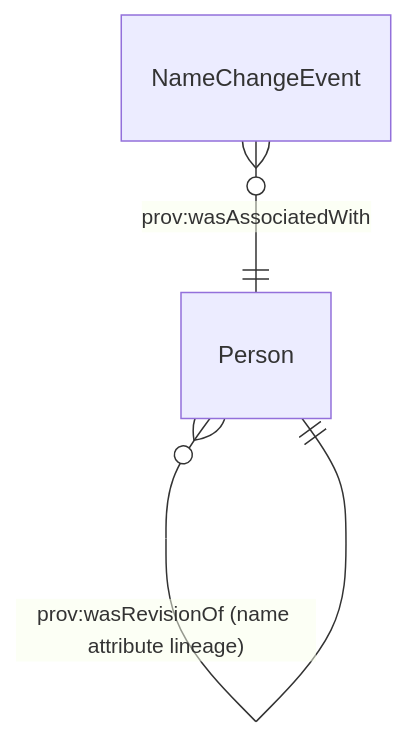
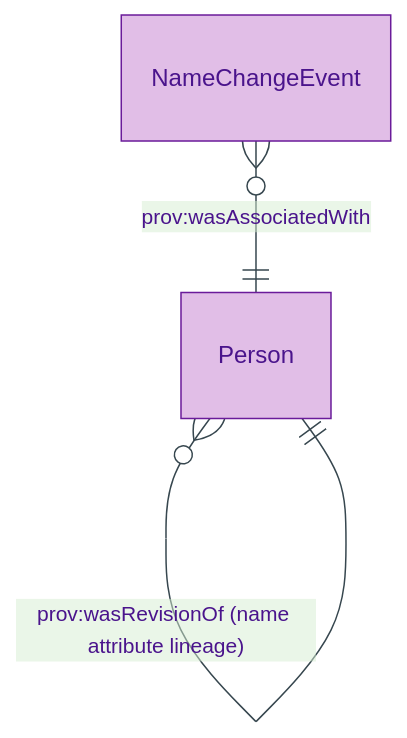
The diagram in docs/manual/logical/agent/name-change-event.md (sparkling/opda), drawn with Mermaid before and after one commit. The commit also changed other lines of this file and 179 other files, not shown here.

First line of the commit message:
docs(manual): Logical-tier diagram expansion via /diagramming skill

````diff
--- a/docs/manual/logical/agent/name-change-event.md
+++ b/docs/manual/logical/agent/name-change-event.md
@@ -30,5 +35,9 @@
 ```mermaid
+%%{init: {"theme": "base", "themeVariables": {"primaryColor": "#E1BEE7", "primaryTextColor": "#4A148C", "primaryBorderColor": "#6A1B9A", "lineColor": "#37474F"}}}%%
 erDiagram
+    accTitle: NameChangeEvent — Entity-Relationship Diagram
+    accDescr: Direct-neighbour view of NameChangeEvent — reified PROV-O activity associated with a Person, with name attribute lineage tracked via prov:wasRevisionOf.
+
     NameChangeEvent }o--|| Person : "prov:wasAssociatedWith"
     Person }o--|| Person : "prov:wasRevisionOf (name attribute lineage)"
 ```
````
